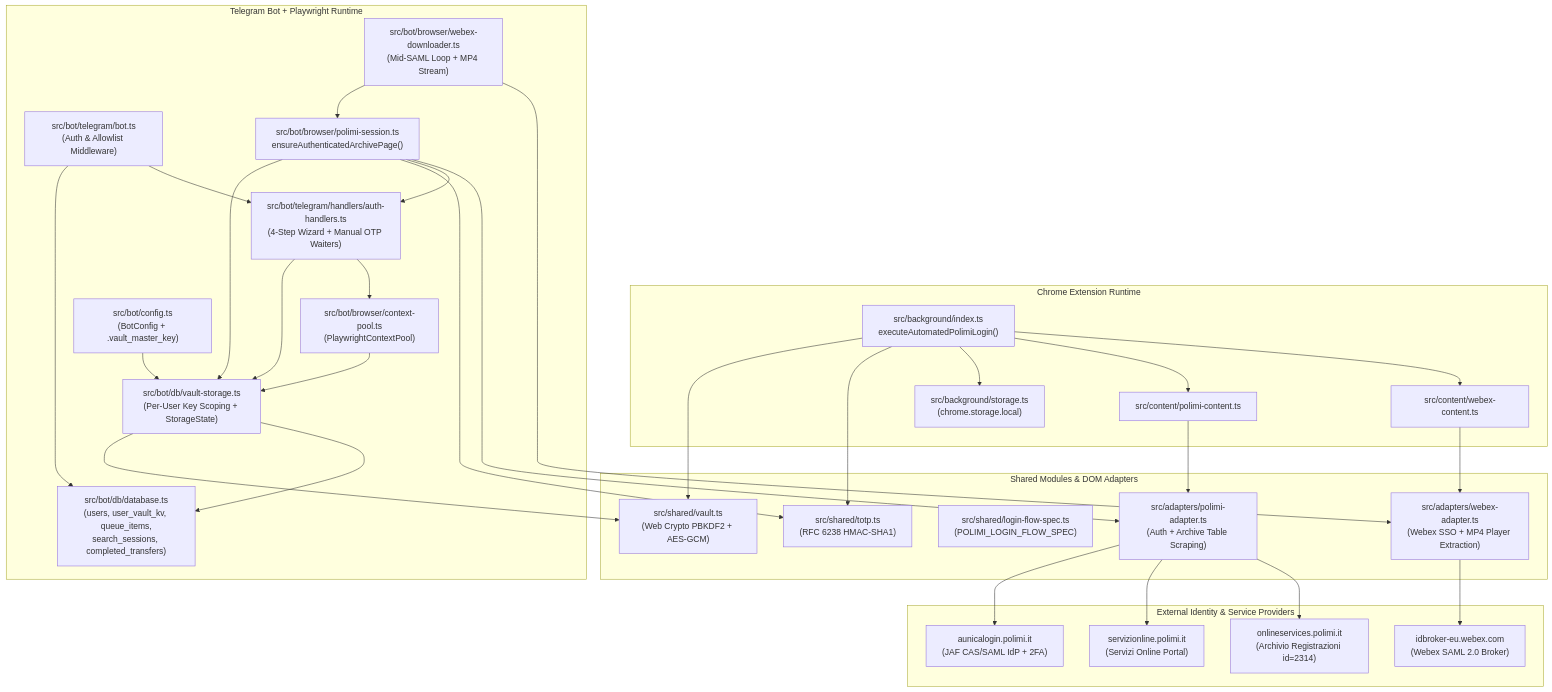
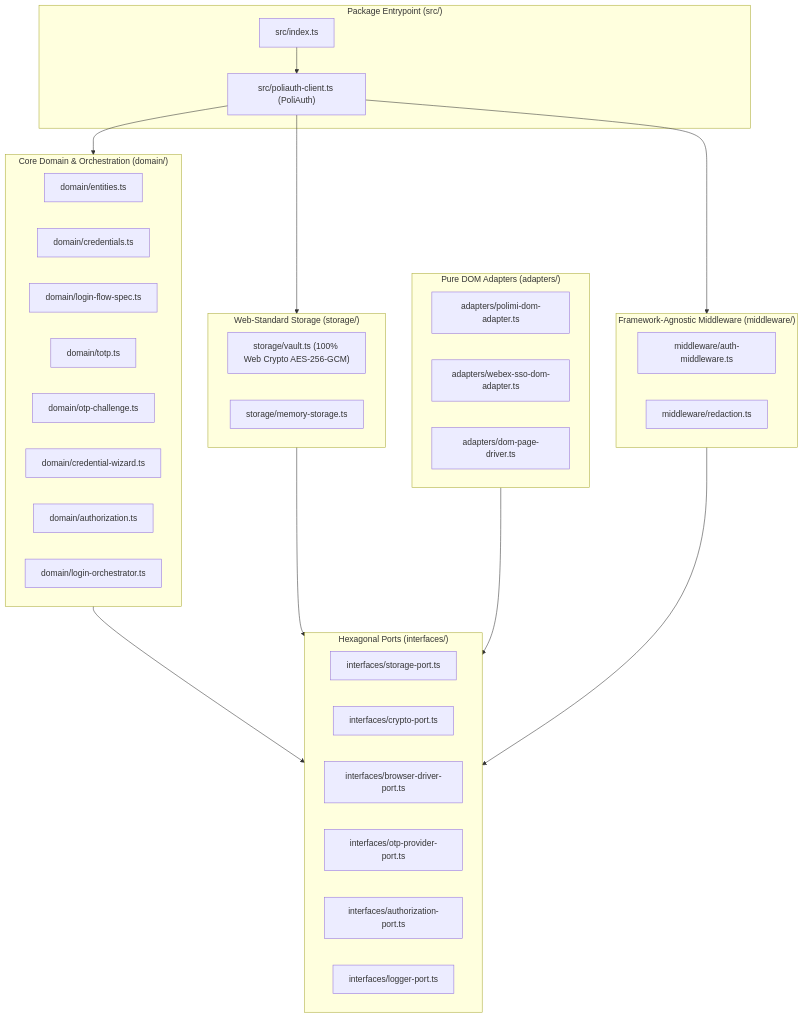
Before and after one commit to m-ebrahimzadeh/polisdk: the diagram in packages/poliauth/docs/01-architecture-analysis-and-coupling-report.md, drawn with Mermaid. The commit also changed other lines of this file and 41 other files, not shown here.

Commit message:
refactor(poliauth): Phase 1 - purify @polisdk/poliauth core, unify Web Crypto vault, and remove legacy/runtime coupling

````diff
--- a/packages/poliauth/docs/01-architecture-analysis-and-coupling-report.md
+++ b/packages/poliauth/docs/01-architecture-analysis-and-coupling-report.md
@@ -20,63 +11,52 @@
 ```mermaid
 flowchart TD
-    subgraph External_Services["External Identity & Service Providers"]
-        IdP["aunicalogin.polimi.it<br/>(JAF CAS/SAML IdP + 2FA)"]
-        Portal["servizionline.polimi.it<br/>(Servizi Online Portal)"]
-        Archive["onlineservices.polimi.it<br/>(Archivio Registrazioni id=2314)"]
-        WebexSSO["idbroker-eu.webex.com<br/>(Webex SAML 2.0 Broker)"]
-    end
+  subgraph Facade["Package Entrypoint (src/)"]
+    Index["src/index.ts"]
+    Client["src/poliauth-client.ts (PoliAuth)"]
+  end
 
-    subgraph Extension_Runtime["Chrome Extension Runtime"]
-        BgIndex["src/background/index.ts<br/>executeAutomatedPolimiLogin()"]
-        ExtStorage["src/background/storage.ts<br/>(chrome.storage.local)"]
-        PolimiContent["src/content/polimi-content.ts"]
-        WebexContent["src/content/webex-content.ts"]
-    end
+  subgraph Domain["Core Domain & Orchestration (domain/)"]
+    Entities["domain/entities.ts"]
+    Creds["domain/credentials.ts"]
+    FlowSpec["domain/login-flow-spec.ts"]
+    Totp["domain/totp.ts"]
+    OtpCoord["domain/otp-challenge.ts"]
+    Wizard["domain/credential-wizard.ts"]
+    Authz["domain/authorization.ts"]
+    Orch["domain/login-orchestrator.ts"]
+  end
 
-    subgraph Bot_Runtime["Telegram Bot + Playwright Runtime"]
-        TgBot["src/bot/telegram/bot.ts<br/>(Auth & Allowlist Middleware)"]
-        AuthHandlers["src/bot/telegram/handlers/auth-handlers.ts<br/>(4-Step Wizard + Manual OTP Waiters)"]
-        PolimiSession["src/bot/browser/polimi-session.ts<br/>ensureAuthenticatedArchivePage()"]
-        WebexDownloader["src/bot/browser/webex-downloader.ts<br/>(Mid-SAML Loop + MP4 Stream)"]
-        ContextPool["src/bot/browser/context-pool.ts<br/>(PlaywrightContextPool)"]
-        BotConfig["src/bot/config.ts<br/>(BotConfig + .vault_master_key)"]
-        VaultStorage["src/bot/db/vault-storage.ts<br/>(Per-User Key Scoping + StorageState)"]
-        BotDB["src/bot/db/database.ts<br/>(users, user_vault_kv, queue_items,<br/>search_sessions, completed_transfers)"]
-    end
+  subgraph Ports["Hexagonal Ports (interfaces/)"]
+    StoragePort["interfaces/storage-port.ts"]
+    CryptoPort["interfaces/crypto-port.ts"]
+    DriverPort["interfaces/browser-driver-port.ts"]
+    OtpPort["interfaces/otp-provider-port.ts"]
+    AuthzPort["interfaces/authorization-port.ts"]
+    LoggerPort["interfaces/logger-port.ts"]
+  end
 
-    subgraph Shared_Core["Shared Modules & DOM Adapters"]
-        Vault["src/shared/vault.ts<br/>(Web Crypto PBKDF2 + AES-GCM)"]
-        Totp["src/shared/totp.ts<br/>(RFC 6238 HMAC-SHA1)"]
-        FlowSpec["src/shared/login-flow-spec.ts<br/>(POLIMI_LOGIN_FLOW_SPEC)"]
-        PolimiAdapter["src/adapters/polimi-adapter.ts<br/>(Auth + Archive Table Scraping)"]
-        WebexAdapter["src/adapters/webex-adapter.ts<br/>(Webex SSO + MP4 Player Extraction)"]
-    end
+  subgraph Storage["Web-Standard Storage (storage/)"]
+    Vault["storage/vault.ts (100% Web Crypto AES-256-GCM)"]
+    MemStore["storage/memory-storage.ts"]
+  end
 
-    BgIndex --> Vault
-    BgIndex --> Totp
-    BgIndex --> ExtStorage
-    BgIndex --> PolimiContent
-    BgIndex --> WebexContent
-    PolimiContent --> PolimiAdapter
-    WebexContent --> WebexAdapter
+  subgraph Adapters["Pure DOM Adapters (adapters/)"]
+    PolimiDom["adapters/polimi-dom-adapter.ts"]
+    WebexDom["adapters/webex-sso-dom-adapter.ts"]
+    DomDriver["adapters/dom-page-driver.ts"]
+  end
 
-    TgBot --> BotDB
-    TgBot --> AuthHandlers
-    AuthHandlers --> VaultStorage
-    AuthHandlers --> ContextPool
-    PolimiSession --> VaultStorage
-    PolimiSession --> Totp
-    PolimiSession --> AuthHandlers
-    PolimiSession --> PolimiAdapter
-    WebexDownloader --> PolimiSession
-    WebexDownloader --> WebexAdapter
-    ContextPool --> VaultStorage
-    VaultStorage --> Vault
-    VaultStorage --> BotDB
-    BotConfig --> VaultStorage
+  subgraph Middleware["Framework-Agnostic Middleware (middleware/)"]
+    AuthMw["middleware/auth-middleware.ts"]
+    Redaction["middleware/redaction.ts"]
+  end
 
-    PolimiAdapter --> IdP
-    PolimiAdapter --> Portal
-    PolimiAdapter --> Archive
-    WebexAdapter --> WebexSSO
+  Index --> Client
+  Client --> Domain
+  Client --> Storage
+  Client --> Middleware
+  Domain --> Ports
+  Storage --> Ports
+  Adapters --> Ports
+  Middleware --> Ports
 ```
````
